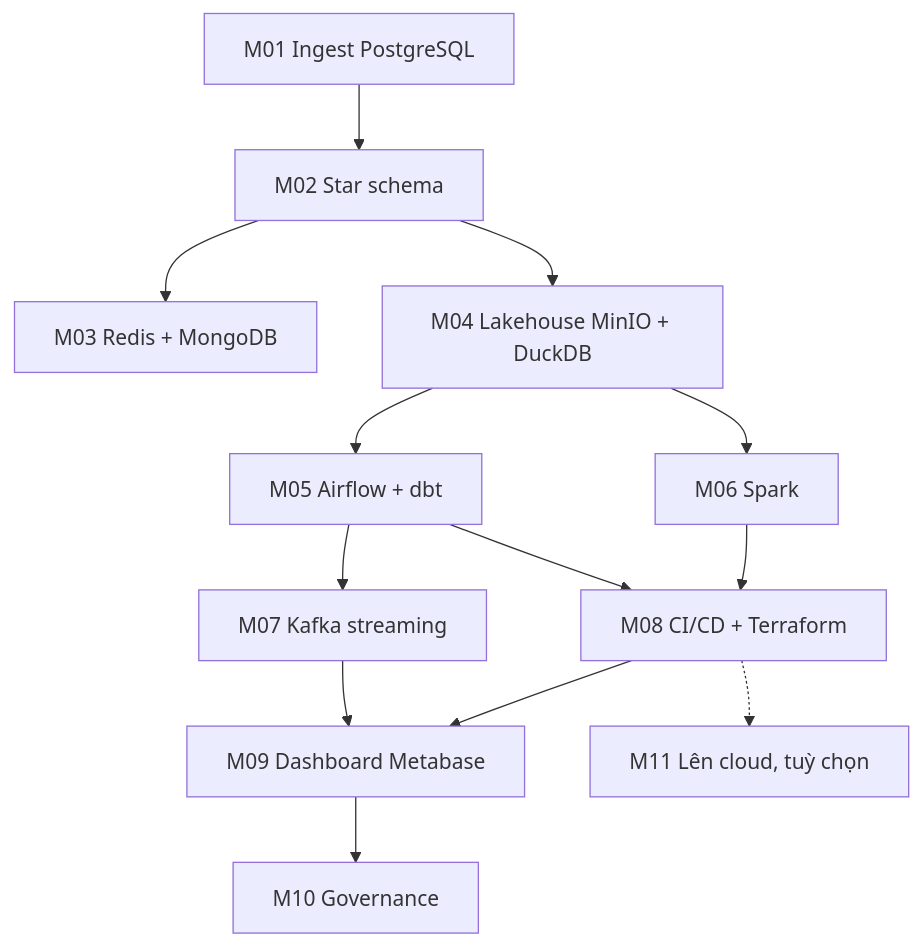
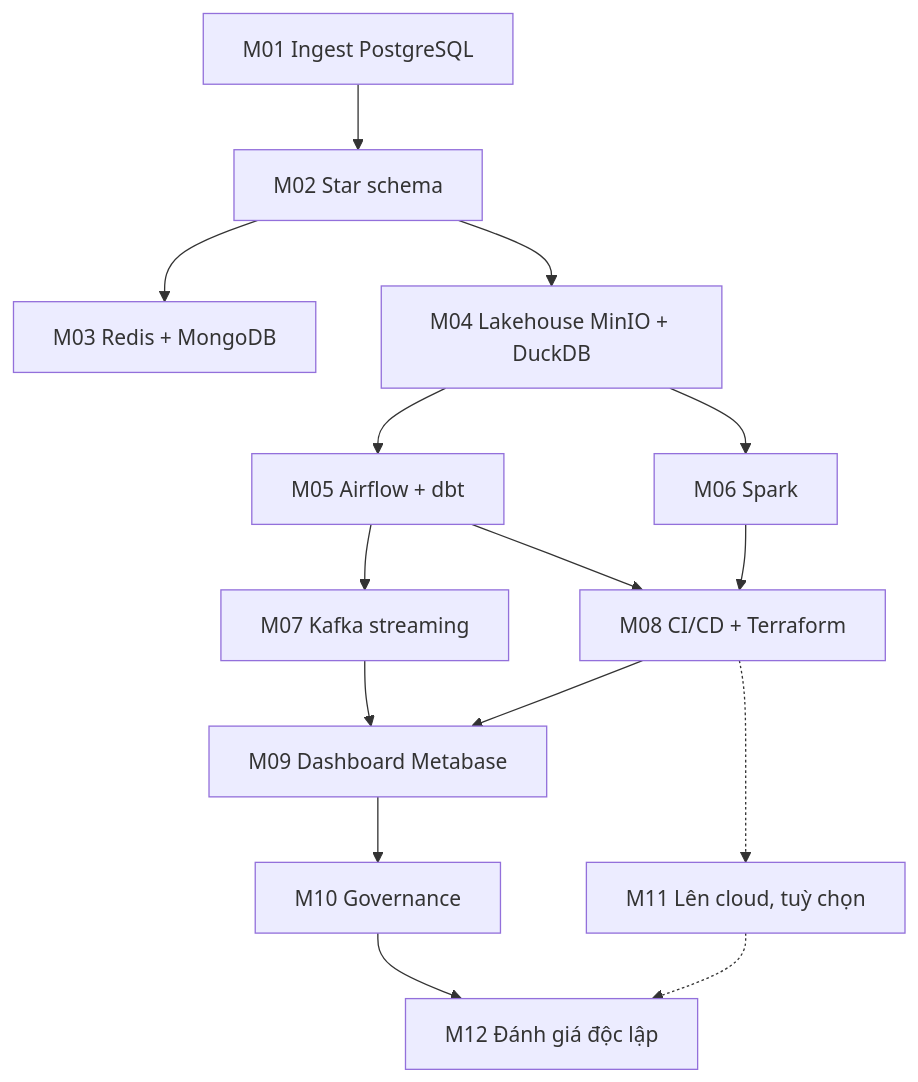
The second of 2 diagrams in tracks/data-engineer/capstone/README.md (Buicongbang04/Learning_Platform), drawn with Mermaid before and after one commit. The commit also changed other lines of this file and 50 other files, not shown here.

````diff
--- a/tracks/data-engineer/capstone/README.md
+++ b/tracks/data-engineer/capstone/README.md
@@ -77,15 +78,17 @@
 ```mermaid
 flowchart TD
     M1[M01 Ingest PostgreSQL] --> M2[M02 Star schema]
     M2 --> M3[M03 Redis + MongoDB]
     M2 --> M4[M04 Lakehouse MinIO + DuckDB]
     M4 --> M5[M05 Airflow + dbt]
     M4 --> M6[M06 Spark]
     M5 --> M7[M07 Kafka streaming]
     M5 --> M8[M08 CI/CD + Terraform]
     M6 --> M8
     M7 --> M9[M09 Dashboard Metabase]
     M8 --> M9
     M9 --> M10[M10 Governance]
     M8 -.-> M11[M11 Lên cloud, tuỳ chọn]
+    M10 --> M12[M12 Đánh giá độc lập]
+    M11 -.-> M12
 ```
````
